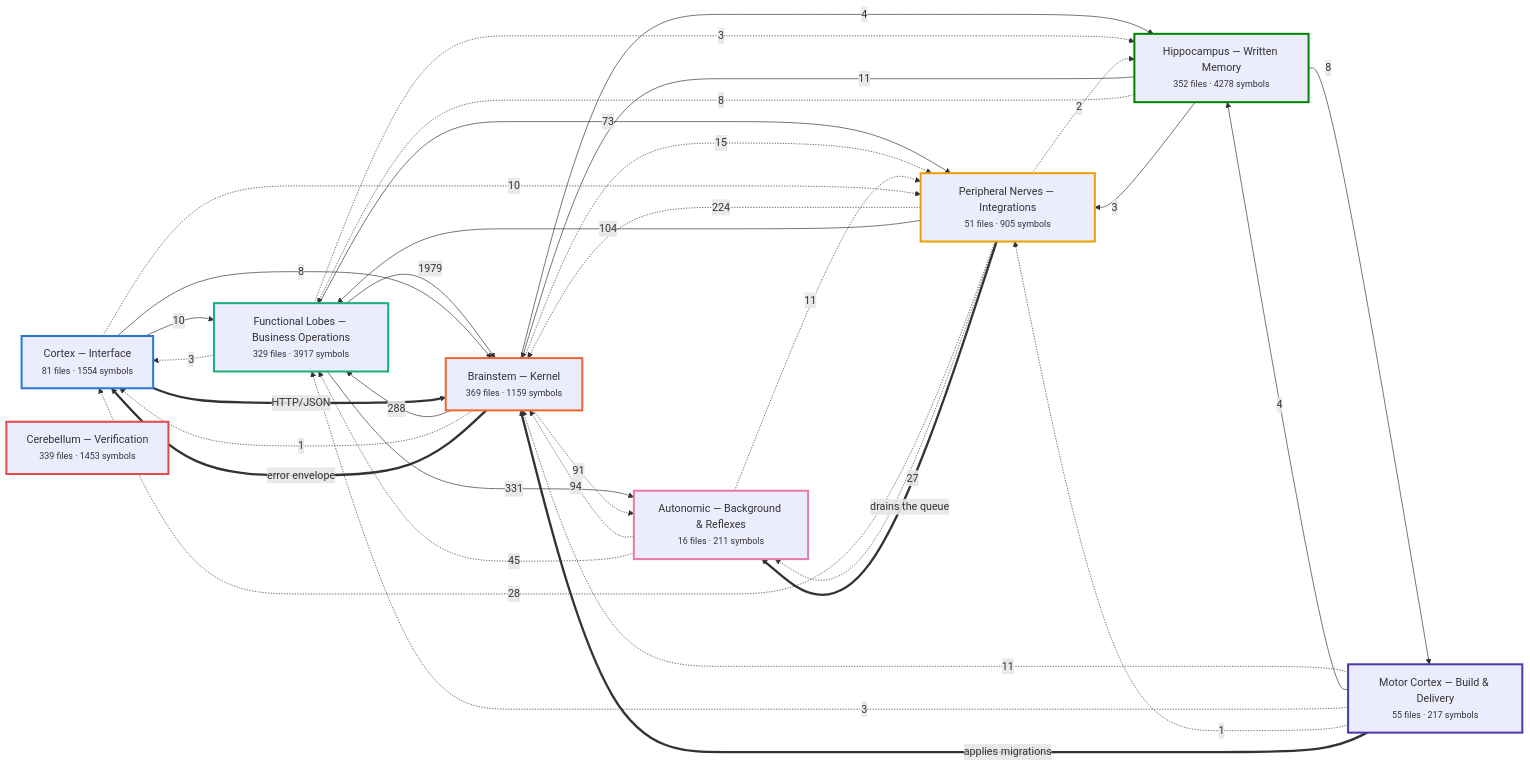
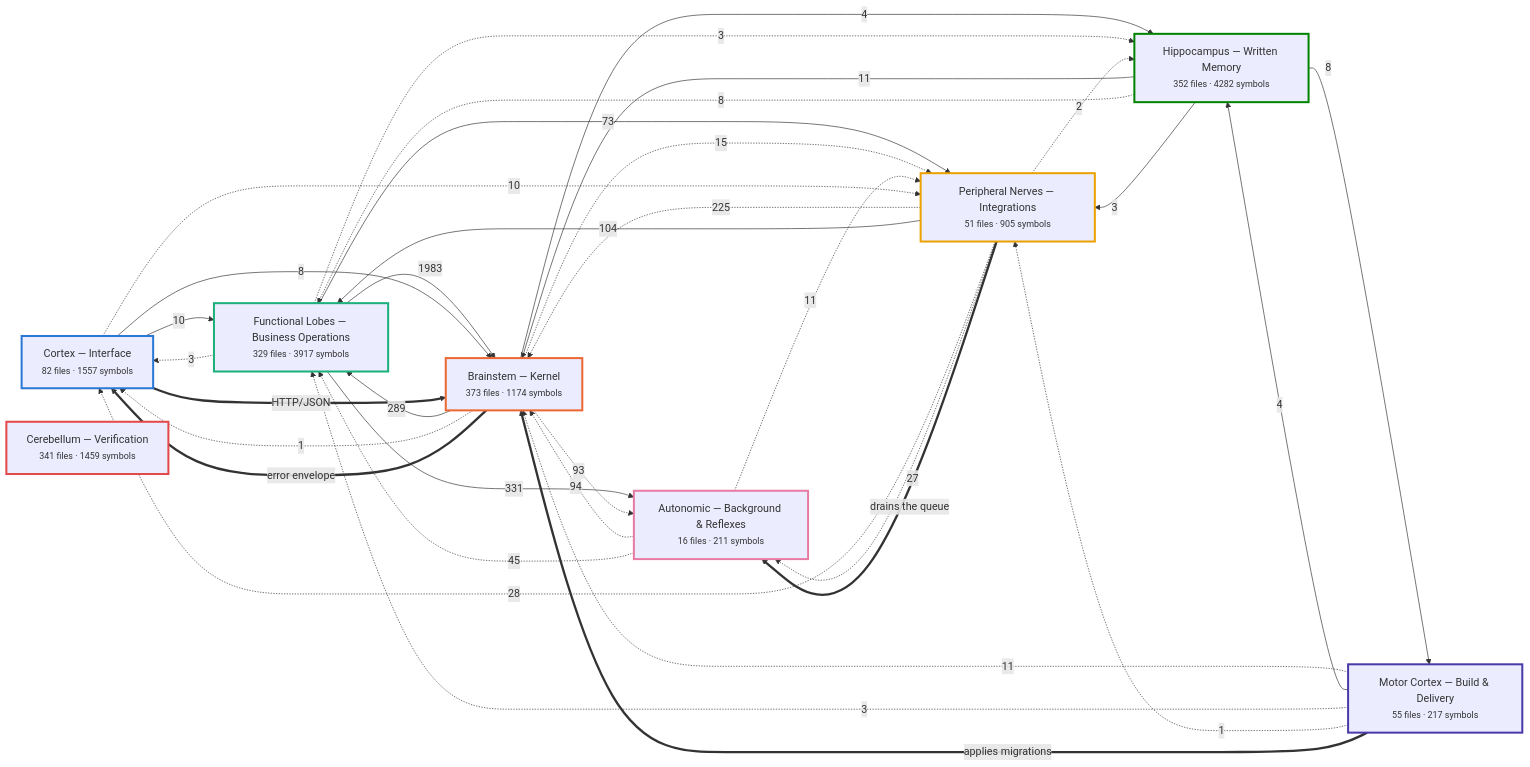
Before and after one commit to Vishalnayak226/custom_erp: the first of 7 diagrams in docs/brain/BRAIN.md, drawn with Mermaid. The commit also changed other lines of this file and 84 other files, not shown here.

````diff
--- a/docs/brain/BRAIN.md
+++ b/docs/brain/BRAIN.md
@@ -35,60 +35,60 @@
 ```mermaid
 flowchart LR
-  n_cortex["Cortex — Interface<br/><small>81 files · 1554 symbols</small>"]
-  n_brainstem["Brainstem — Kernel<br/><small>369 files · 1159 symbols</small>"]
+  n_cortex["Cortex — Interface<br/><small>82 files · 1557 symbols</small>"]
+  n_brainstem["Brainstem — Kernel<br/><small>373 files · 1174 symbols</small>"]
   n_business["Functional Lobes — Business Operations<br/><small>329 files · 3917 symbols</small>"]
   n_peripheral["Peripheral Nerves — Integrations<br/><small>51 files · 905 symbols</small>"]
   n_autonomic["Autonomic — Background & Reflexes<br/><small>16 files · 211 symbols</small>"]
-  n_memory["Hippocampus — Written Memory<br/><small>352 files · 4278 symbols</small>"]
+  n_memory["Hippocampus — Written Memory<br/><small>352 files · 4282 symbols</small>"]
   n_motor["Motor Cortex — Build & Delivery<br/><small>55 files · 217 symbols</small>"]
-  n_verification["Cerebellum — Verification<br/><small>339 files · 1453 symbols</small>"]
-  n_business -->|1979| n_brainstem
+  n_verification["Cerebellum — Verification<br/><small>341 files · 1459 symbols</small>"]
+  n_business -->|1983| n_brainstem
   n_business -->|331| n_autonomic
-  n_brainstem -->|288| n_business
-  n_peripheral -.->|224| n_brainstem
+  n_brainstem -->|289| n_business
+  n_peripheral -.->|225| n_brainstem
   n_peripheral -->|104| n_business
   n_autonomic -.->|94| n_brainstem
-  n_brainstem -.->|91| n_autonomic
+  n_brainstem -.->|93| n_autonomic
   n_business -->|73| n_peripheral
   n_autonomic -.->|45| n_business
   n_peripheral -.->|28| n_cortex
   n_peripheral -.->|27| n_autonomic
   n_brainstem -.->|15| n_peripheral
   n_autonomic -.->|11| n_peripheral
   n_memory -->|11| n_brainstem
   n_motor -.->|11| n_brainstem
   n_cortex -->|10| n_business
   n_cortex -.->|10| n_peripheral
   n_cortex -->|8| n_brainstem
   n_memory -.->|8| n_business
   n_memory -->|8| n_motor
   n_brainstem -->|4| n_memory
   n_motor -->|4| n_memory
   n_business -.->|3| n_cortex
   n_business -.->|3| n_memory
   n_memory -->|3| n_peripheral
   n_motor -.->|3| n_business
   n_peripheral -.->|2| n_memory
   n_brainstem -.->|1| n_cortex
   n_motor -.->|1| n_peripheral
   n_brainstem ==>|error envelope| n_cortex
   n_cortex ==>|HTTP/JSON| n_brainstem
   n_motor ==>|applies migrations| n_brainstem
   n_peripheral ==>|drains the queue| n_autonomic
   classDef n_cortex stroke:#2a78d6,stroke-width:3px;
   class n_cortex n_cortex;
   classDef n_brainstem stroke:#eb6834,stroke-width:3px;
   class n_brainstem n_brainstem;
   classDef n_business stroke:#1baf7a,stroke-width:3px;
   class n_business n_business;
   classDef n_peripheral stroke:#eda100,stroke-width:3px;
   class n_peripheral n_peripheral;
   classDef n_autonomic stroke:#e87ba4,stroke-width:3px;
   class n_autonomic n_autonomic;
   classDef n_memory stroke:#008300,stroke-width:3px;
   class n_memory n_memory;
   classDef n_motor stroke:#4a3aa7,stroke-width:3px;
   class n_motor n_motor;
   classDef n_verification stroke:#e34948,stroke-width:3px;
   class n_verification n_verification;
 ```
````
